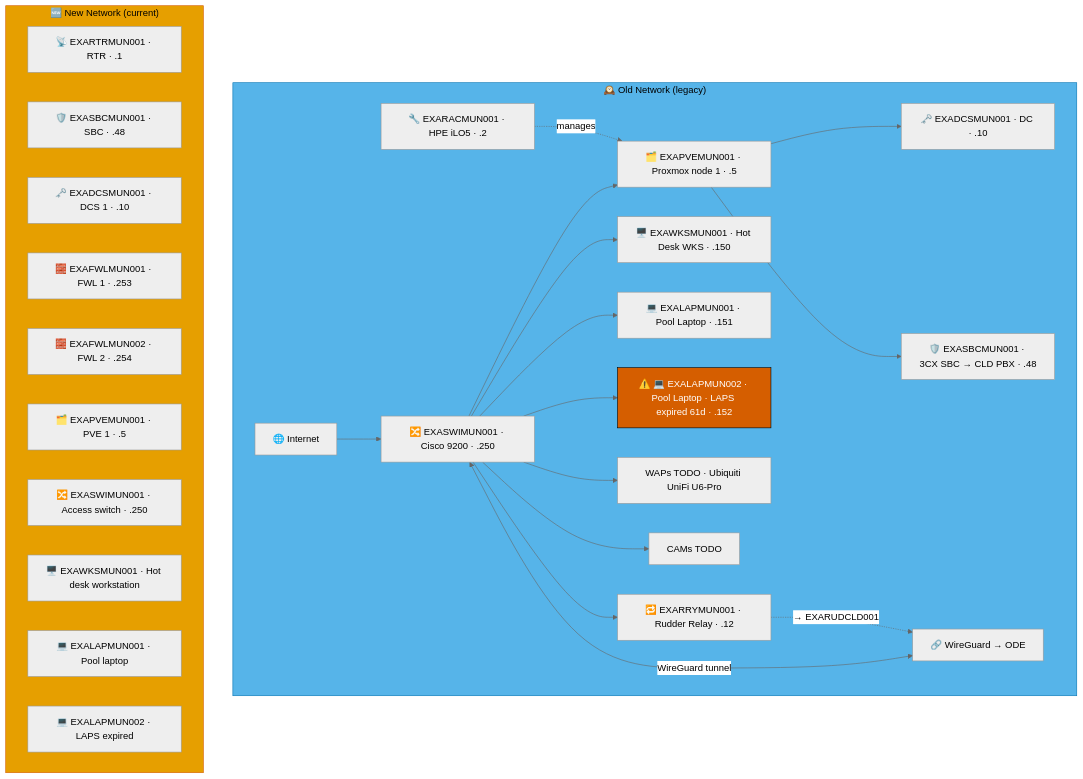
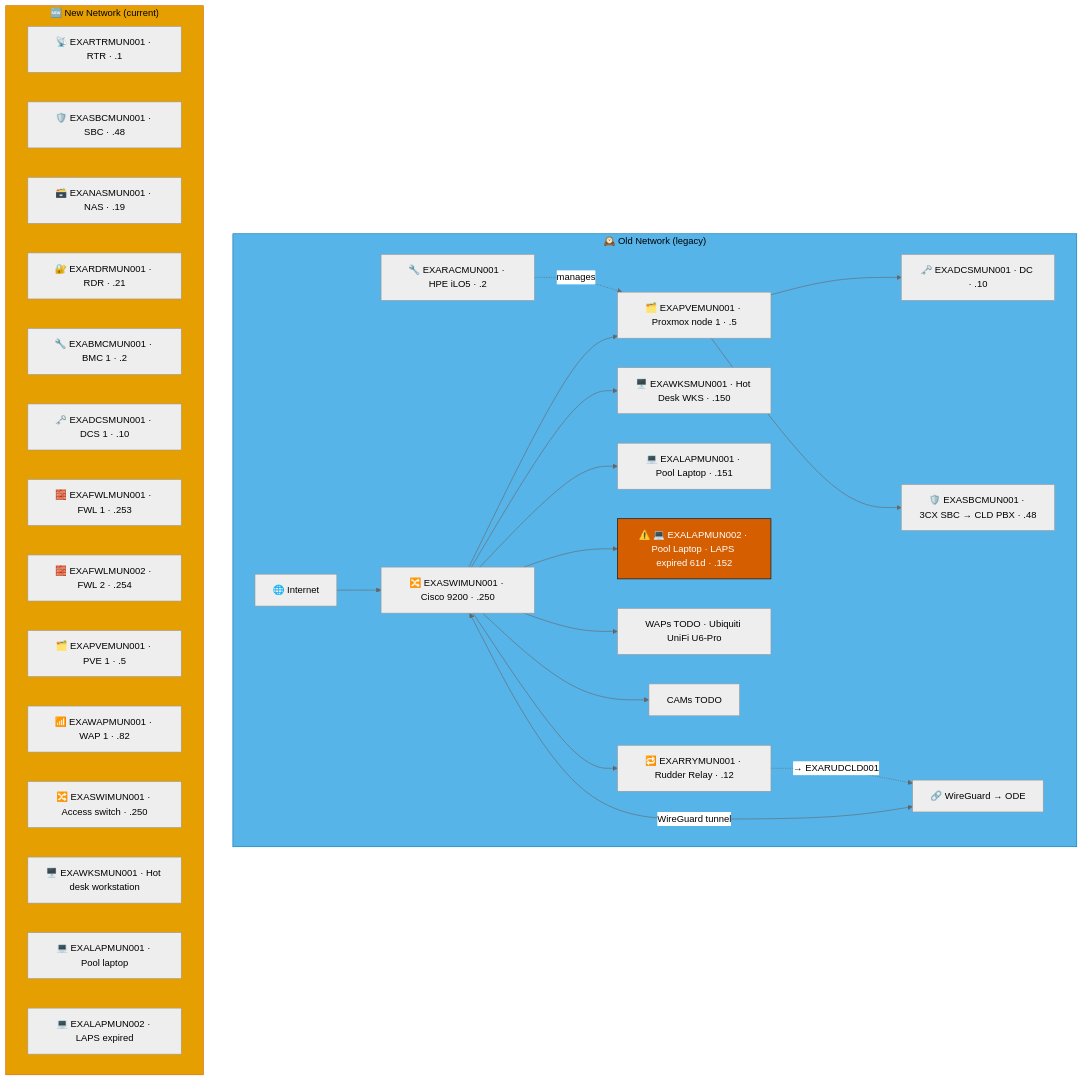
The third of 5 diagrams in docs/network-diagram/deutschland.md (knightmare2600/example_music_infra), drawn with Mermaid (neutral theme) before and after one commit. The commit also changed other lines of this file and 15 other files, not shown here.

````diff
--- a/docs/network-diagram/deutschland.md
+++ b/docs/network-diagram/deutschland.md
@@ -124,45 +132,49 @@
 ```mermaid
 graph TD
     subgraph OLD_MUN ["🕰️ Old Network (legacy)"]
       INET["🌐 Internet"]
       SW["🔀 EXASWIMUN001 · Cisco 9200 · .250"]
       RAC["🔧 EXARACMUN001 · HPE iLO5 · .2"]
       PVE["🗂️ EXAPVEMUN001 · Proxmox node 1 · .5"]
       DC["🗝️ EXADCSMUN001 · DC · .10"]
       SBC["🛡️ EXASBCMUN001 · 3CX SBC → CLD PBX · .48"]
       RRY["🔁 EXARRYMUN001 · Rudder Relay · .12"]
       WKS["🖥️ EXAWKSMUN001 · Hot Desk WKS · .150"]
       LAP1["💻 EXALAPMUN001 · Pool Laptop · .151"]
       LAP2["⚠️ 💻 EXALAPMUN002 · Pool Laptop · LAPS expired 61d · .152"]
       WAP["WAPs TODO · Ubiquiti UniFi U6-Pro"]
       CAM["CAMs TODO"]
       VPN["🔗 WireGuard → ODE"]
 
       INET --> SW
       SW --> PVE --> DC & SBC
       RAC -.->|"manages"| PVE
       SW --> WKS & LAP1 & LAP2 & WAP & CAM
       SW <-->|"WireGuard tunnel"| VPN
 
       SW --> RRY
       RRY -. "→ EXARUDCLD001" .-> VPN
     end
     style OLD_MUN fill:#56B4E9,stroke:#0072B2,color:#000000
     %% GENERATED:NEW-NETWORK:MUN:START
     subgraph NEW_MUN ["🆕 New Network (current)"]
       N_RTR["📡 EXARTRMUN001 · RTR · .1"]
       N_SBC["🛡️ EXASBCMUN001 · SBC · .48"]
+      N_NAS["🗃️ EXANASMUN001 · NAS · .19"]
+      N_RDR["🔐 EXARDRMUN001 · RDR · .21"]
+      N_BMC["🔧 EXABMCMUN001 · BMC 1 · .2"]
       N_DCS["🗝️ EXADCSMUN001 · DCS 1 · .10"]
       N_FWL["🧱 EXAFWLMUN001 · FWL 1 · .253"]
       N_FWL2["🧱 EXAFWLMUN002 · FWL 2 · .254"]
       N_PVE["🗂️ EXAPVEMUN001 · PVE 1 · .5"]
+      N_WAP["📶 EXAWAPMUN001 · WAP 1 · .82"]
       N_SWI["🔀 EXASWIMUN001 · Access switch · .250"]
       N_WKS["🖥️ EXAWKSMUN001 · Hot desk workstation"]
       N_LAP["💻 EXALAPMUN001 · Pool laptop"]
       N_LAP2["💻 EXALAPMUN002 · LAPS expired"]
     end
     style NEW_MUN fill:#E69F00,stroke:#D55E00,color:#000000
     %% GENERATED:NEW-NETWORK:MUN:END
     classDef warn fill:#D55E00,stroke:#000000,color:#ffffff
     class LAP2 warn
 ```
````
